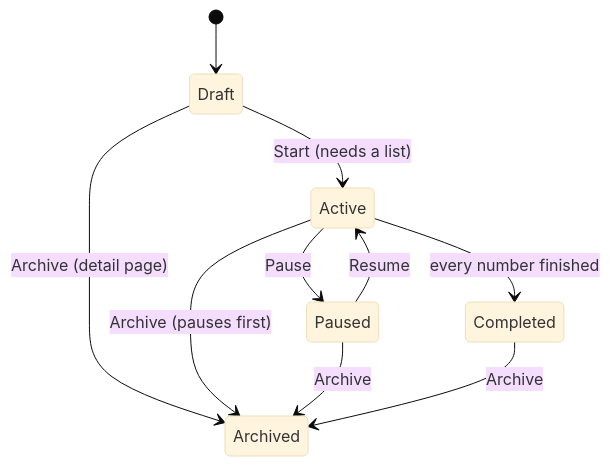
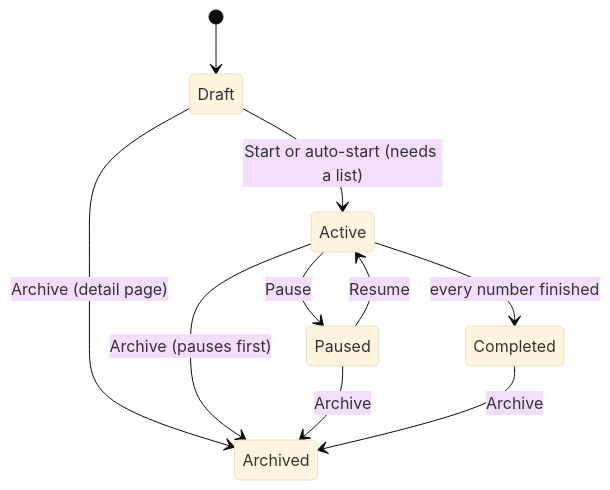
One commit to greenfieldtech-nirs/opbx changed the second of 2 diagrams in docs/opbx-userguide/applications/auto-dialer/index.mdx. Above: the diagram before and after it, drawn with Mermaid (base theme). The commit also changed other lines of this file and 12 other files, not shown here.

First line of the commit message:
docs(applications, workers): campaign destinations, wait for agents, worker diagrams

````diff
--- a/docs/opbx-userguide/applications/auto-dialer/index.mdx
+++ b/docs/opbx-userguide/applications/auto-dialer/index.mdx
@@ -61,12 +63,12 @@
 ```mermaid
 stateDiagram-v2
     [*] --> Draft
-    Draft --> Active: Start (needs a list)
+    Draft --> Active: Start or auto-start (needs a list)
     Active --> Paused: Pause
     Paused --> Active: Resume
     Active --> Completed: every number finished
     Draft --> Archived: Archive (detail page)
     Active --> Archived: Archive (pauses first)
     Paused --> Archived: Archive
     Completed --> Archived: Archive
 ```
````
